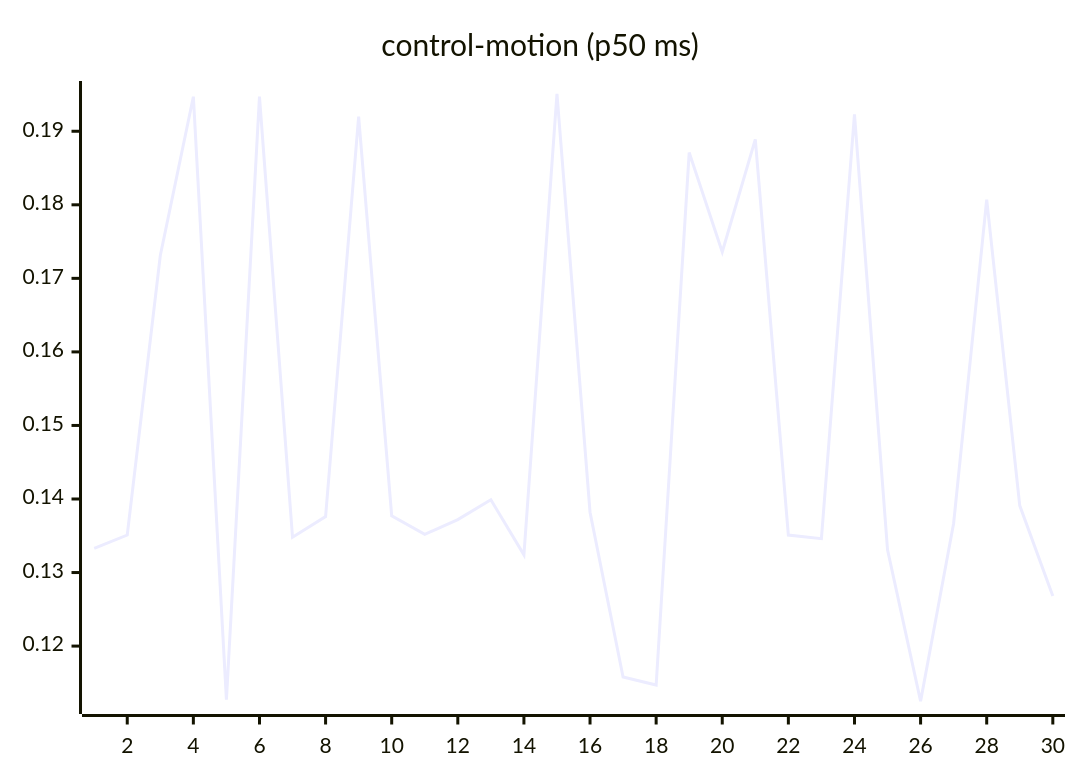
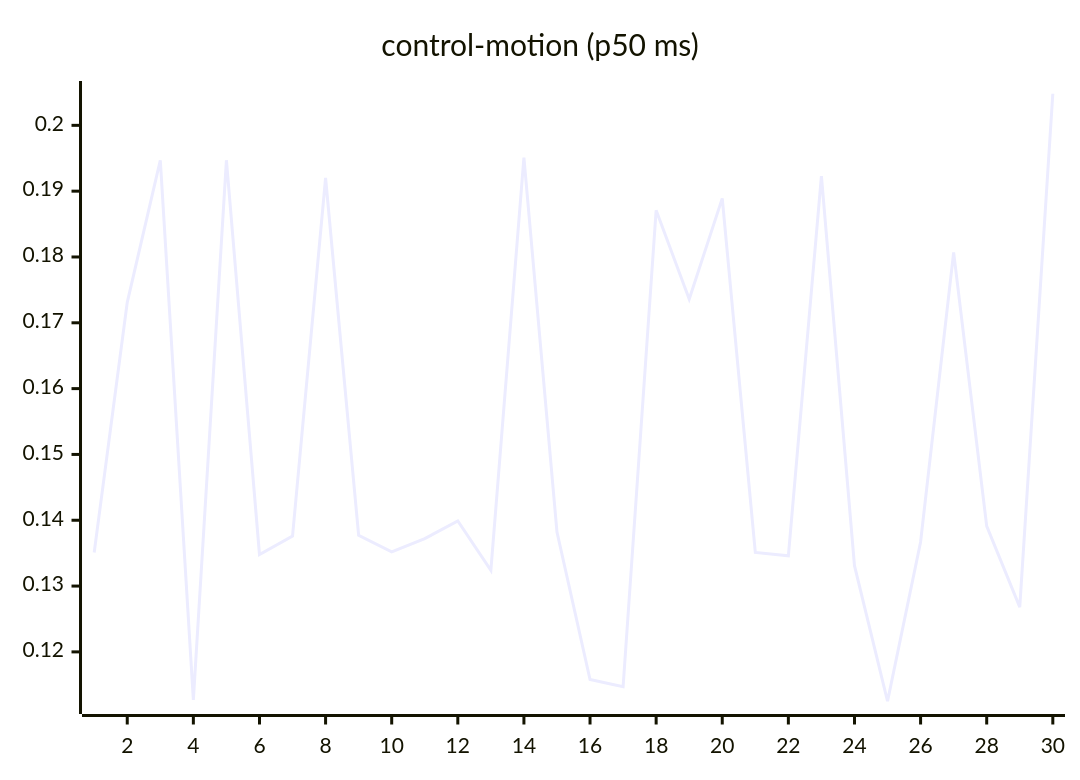
Before and after one commit to josha/Facet: the seventh of 27 diagrams in README.md, drawn with Mermaid. The commit also changed other lines of this file and 2 other files, not shown here.

````diff
--- a/README.md
+++ b/README.md
@@ -105,6 +105,6 @@
 ```mermaid
 xychart-beta
     title "control-motion (p50 ms)"
     x-axis 1 --> 30
-    line [0.1333, 0.1351, 0.1731, 0.1947, 0.1127, 0.1947, 0.1348, 0.1376, 0.1920, 0.1377, 0.1352, 0.1372, 0.1399, 0.1324, 0.1951, 0.1382, 0.1158, 0.1147, 0.1871, 0.1736, 0.1889, 0.1351, 0.1346, 0.1923, 0.1331, 0.1125, 0.1367, 0.1807, 0.1391, 0.1268]
+    line [0.1351, 0.1731, 0.1947, 0.1127, 0.1947, 0.1348, 0.1376, 0.1920, 0.1377, 0.1352, 0.1372, 0.1399, 0.1324, 0.1951, 0.1382, 0.1158, 0.1147, 0.1871, 0.1736, 0.1889, 0.1351, 0.1346, 0.1923, 0.1331, 0.1125, 0.1367, 0.1807, 0.1391, 0.1268, 0.2048]
 ```
````
